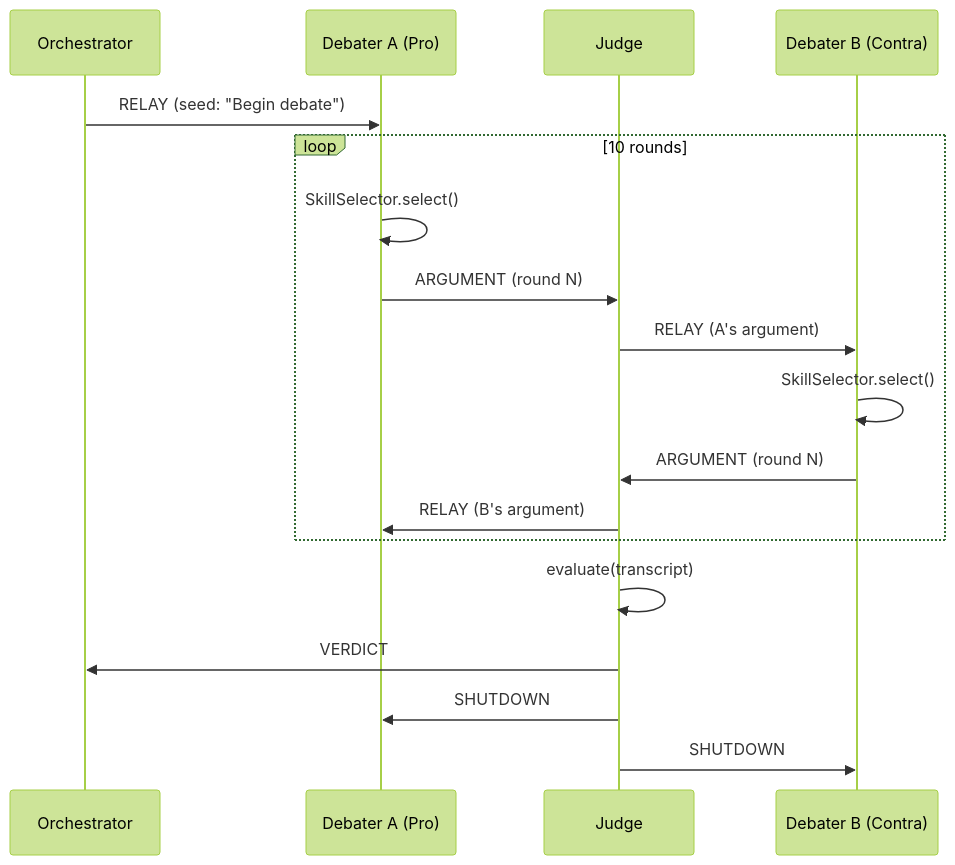
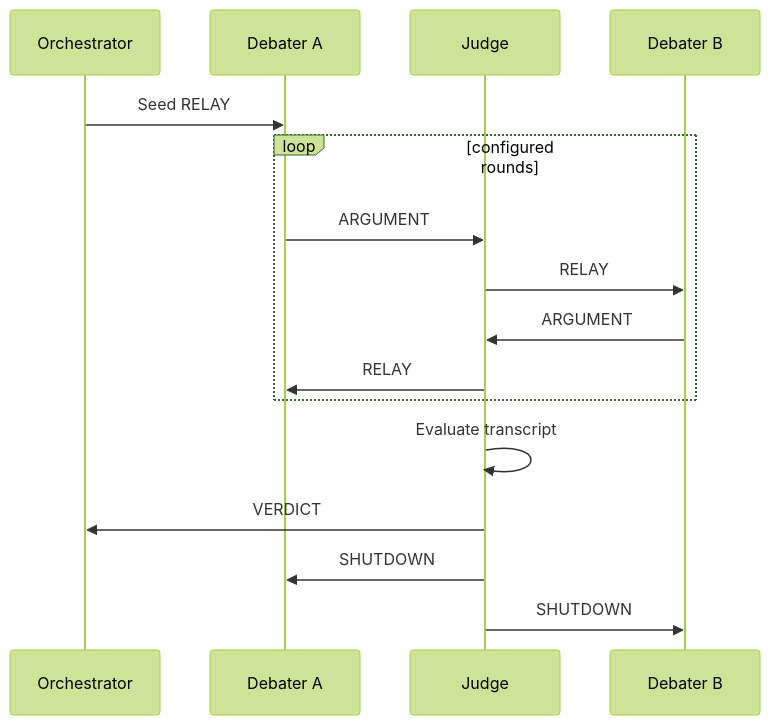
The second of 2 diagrams in README.md (MohammdS/ai-debate-platform), drawn with Mermaid (forest theme) before and after one commit. The commit also changed other lines of this file and 67 other files, not shown here.

````diff
--- a/README.md
+++ b/README.md
@@ -65,21 +152,19 @@
 ```mermaid
 sequenceDiagram
     participant O as Orchestrator
-    participant A as Debater A (Pro)
+    participant A as Debater A
     participant J as Judge
-    participant B as Debater B (Contra)
+    participant B as Debater B
 
-    O->>A: RELAY (seed: "Begin debate")
-    loop 10 rounds
-        A->>A: SkillSelector.select()
-        A->>J: ARGUMENT (round N)
-        J->>B: RELAY (A's argument)
-        B->>B: SkillSelector.select()
-        B->>J: ARGUMENT (round N)
-        J->>A: RELAY (B's argument)
+    O->>A: Seed RELAY
+    loop configured rounds
+        A->>J: ARGUMENT
+        J->>B: RELAY
+        B->>J: ARGUMENT
+        J->>A: RELAY
     end
-    J->>J: evaluate(transcript)
+    J->>J: Evaluate transcript
     J->>O: VERDICT
     J->>A: SHUTDOWN
     J->>B: SHUTDOWN
 ```
````
